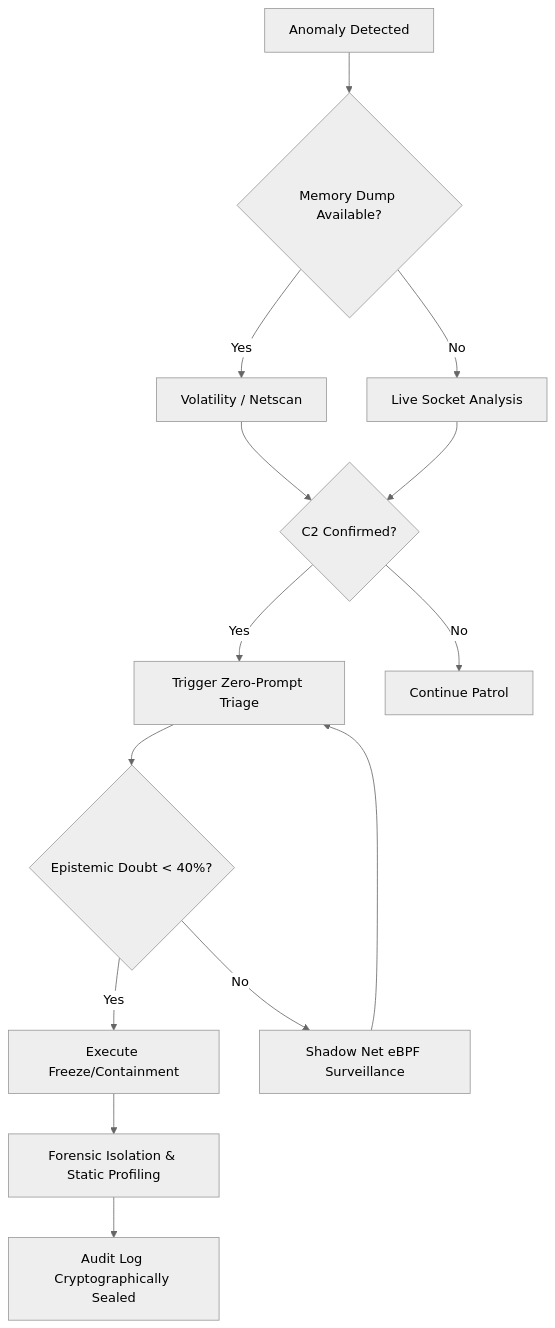
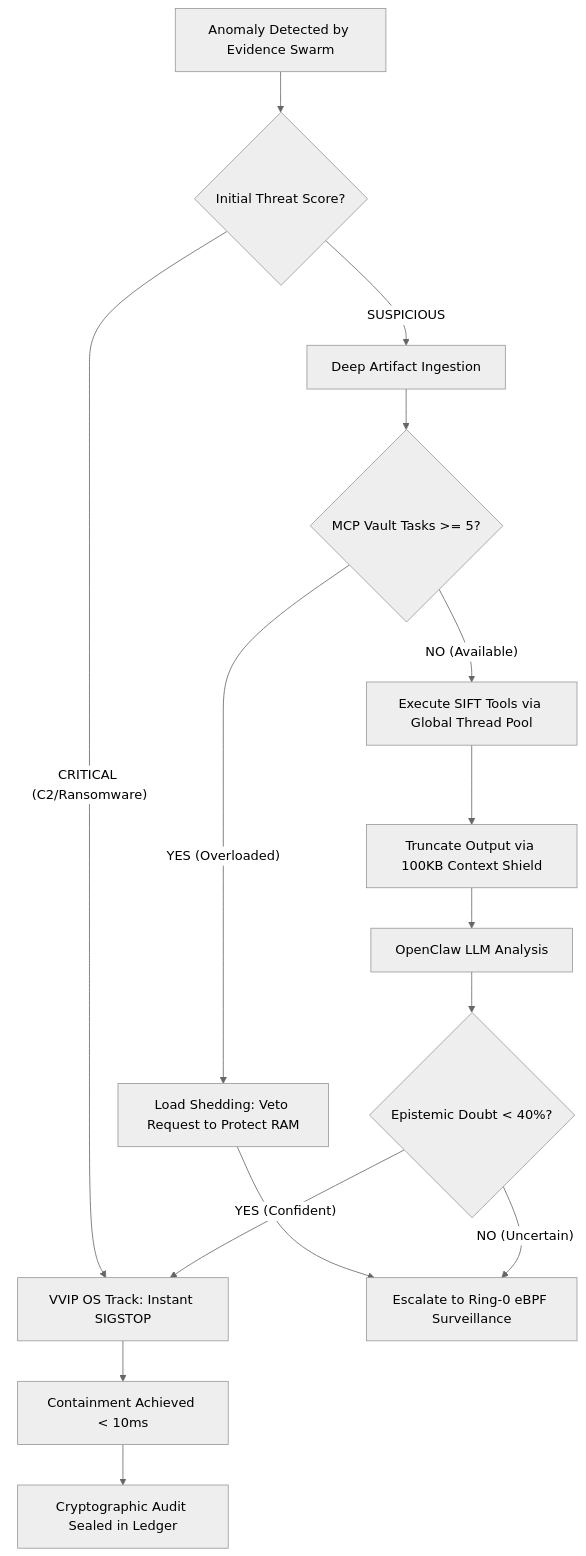
One commit to ArcVielLouvent/yomi-triage-system changed the fourth of 4 diagrams in README.md. Above: the diagram before and after it, drawn with Mermaid (neutral theme). The commit also changed other lines of this file, not shown here.

Commit message:
docs(readme): Synchronization README.md with code after audit

````diff
--- a/README.md
+++ b/README.md
@@ -356,17 +385,25 @@
 ```mermaid
 flowchart TD;
-    A[Anomaly Detected] --> B{Memory Dump Available?}
-    B -- Yes --> C[Volatility / Netscan]
-    B -- No --> D[Live Socket Analysis]
-    C --> E{C2 Confirmed?}
-    D --> E
-    E -- Yes --> F[Trigger Zero-Prompt Triage]
-    E -- No --> G[Continue Patrol]
-    F --> H{Epistemic Doubt < 40%?}
-    H -- Yes --> I[Execute Freeze/Containment]
-    H -- No --> J[Shadow Net eBPF Surveillance]
-    J --> F
-    I --> K[Forensic Isolation & Static Profiling]
-    K --> L[Audit Log Cryptographically Sealed]
-
+    A[Anomaly Detected by Evidence Swarm] --> B{Initial Threat Score?}
+    
+    %% VVIP Containment Route
+    B -- CRITICAL (C2/Ransomware) --> VVIP[VVIP OS Track: Instant SIGSTOP]
+    VVIP --> D[Containment Achieved < 10ms]
+    
+    %% Forensic Analysis Route
+    B -- SUSPICIOUS --> C[Deep Artifact Ingestion]
+    C --> E{MCP Vault Tasks >= 5?}
+    
+    E -- YES (Overloaded) --> G[Load Shedding: Veto Request to Protect RAM]
+    G --> K[Escalate to Ring-0 eBPF Surveillance]
+    
+    E -- NO (Available) --> F[Execute SIFT Tools via Global Thread Pool]
+    F --> H[Truncate Output via 100KB Context Shield]
+    H --> I[OpenClaw LLM Analysis]
+    
+    I --> J{Epistemic Doubt < 40%?}
+    J -- YES (Confident) --> VVIP
+    J -- NO (Uncertain) --> K
+    
+    D --> L[Cryptographic Audit Sealed in Ledger]
 ```
````
